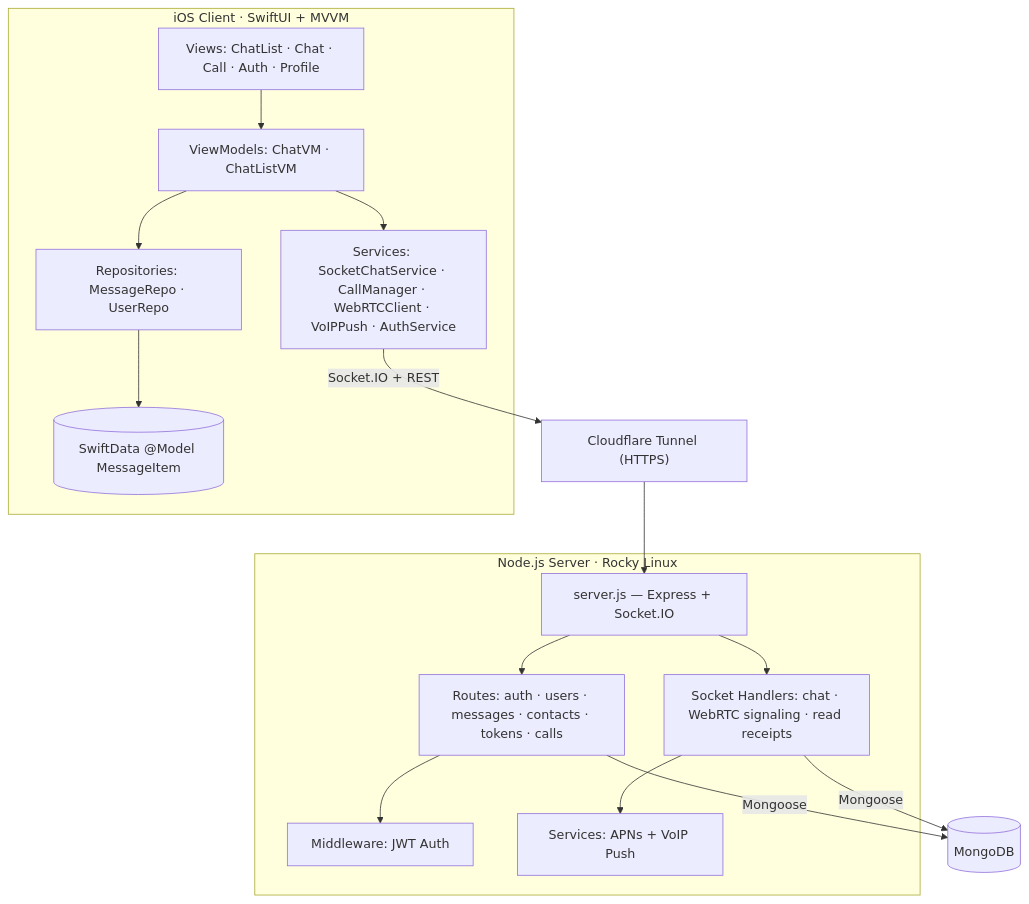
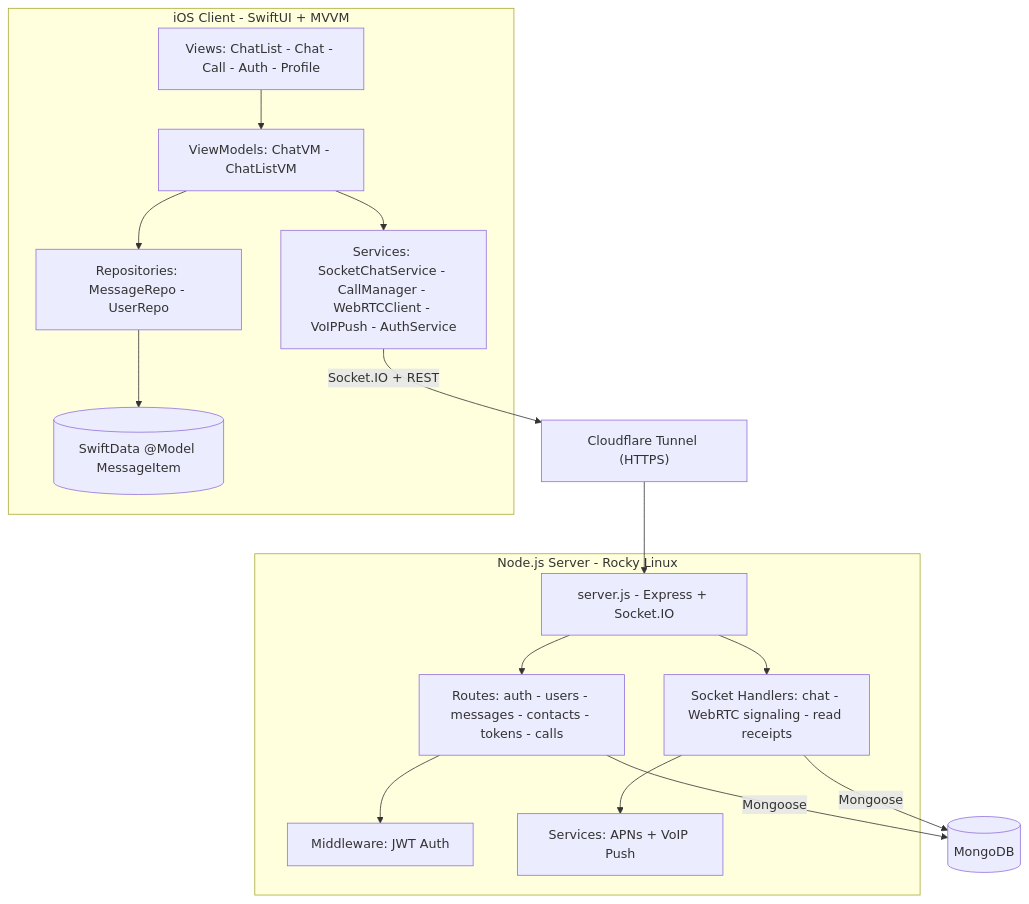
Before and after one commit to denizyakar/SoniApp: the first of 6 diagrams in README.md, drawn with Mermaid. The commit also changed other lines of this file, not shown here.

````diff
--- a/README.md
+++ b/README.md
@@ -62,29 +62,33 @@
 ```mermaid
 graph TD
-    subgraph iOS["iOS Client · SwiftUI + MVVM"]
-        Views["Views: ChatList · Chat · Call · Auth · Profile"]
-        VM["ViewModels: ChatVM · ChatListVM"]
-        Services["Services: SocketChatService · CallManager · WebRTCClient · VoIPPush · AuthService"]
-        Repo["Repositories: MessageRepo · UserRepo"]
+    subgraph iOS["iOS Client - SwiftUI + MVVM"]
+        Views["Views: ChatList - Chat - Call - Auth - Profile"]
+        VM["ViewModels: ChatVM - ChatListVM"]
+        Services["Services: SocketChatService - CallManager - WebRTCClient - VoIPPush - AuthService"]
+        Repo["Repositories: MessageRepo - UserRepo"]
         SD[("SwiftData @Model MessageItem")]
     end
 
-    Views --> VM --> Services
-    VM --> Repo --> SD
+    Views --> VM
+    VM --> Services
+    VM --> Repo
+    Repo --> SD
 
     Services -->|"Socket.IO + REST"| CF["Cloudflare Tunnel (HTTPS)"]
     CF --> Entry
 
-    subgraph Server["Node.js Server · Rocky Linux"]
-        Entry["server.js — Express + Socket.IO"]
-        Routes["Routes: auth · users · messages · contacts · tokens · calls"]
-        SocketH["Socket Handlers: chat · WebRTC signaling · read receipts"]
+    subgraph Server["Node.js Server - Rocky Linux"]
+        Entry["server.js - Express + Socket.IO"]
+        Routes["Routes: auth - users - messages - contacts - tokens - calls"]
+        SocketH["Socket Handlers: chat - WebRTC signaling - read receipts"]
         MW["Middleware: JWT Auth"]
         Notif["Services: APNs + VoIP Push"]
     end
 
-    Entry --> Routes & SocketH
+    Entry --> Routes
+    Entry --> SocketH
     Routes --> MW
     SocketH --> Notif
-    Routes & SocketH -->|"Mongoose"| DB[("MongoDB")]
+    Routes -->|"Mongoose"| DB[("MongoDB")]
+    SocketH -->|"Mongoose"| DB
 ```
````
